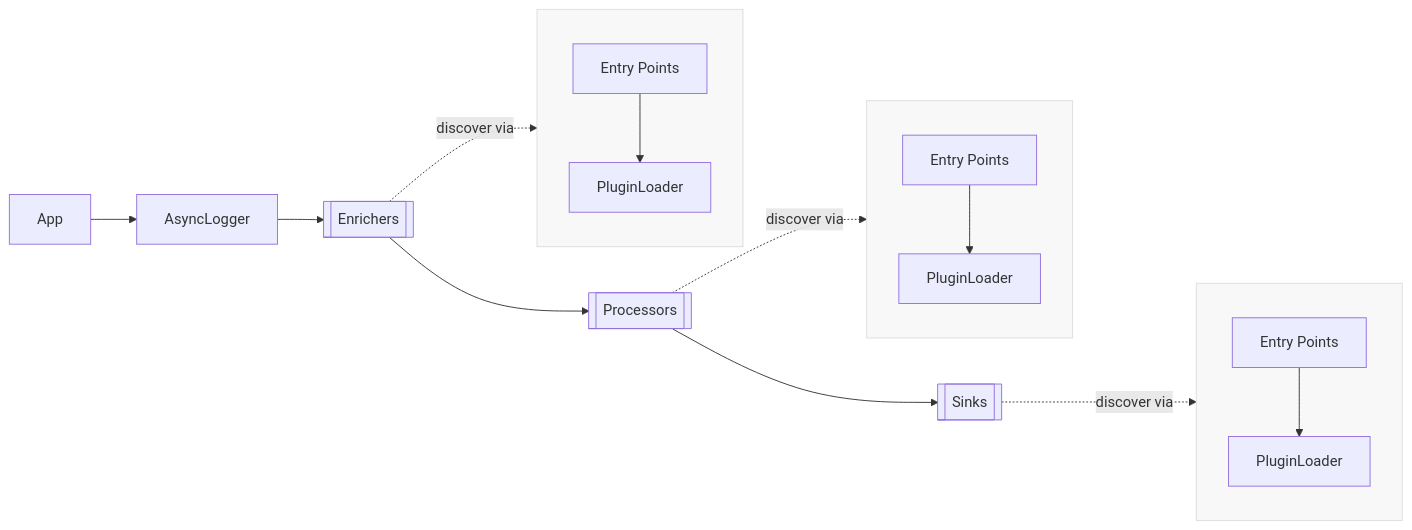
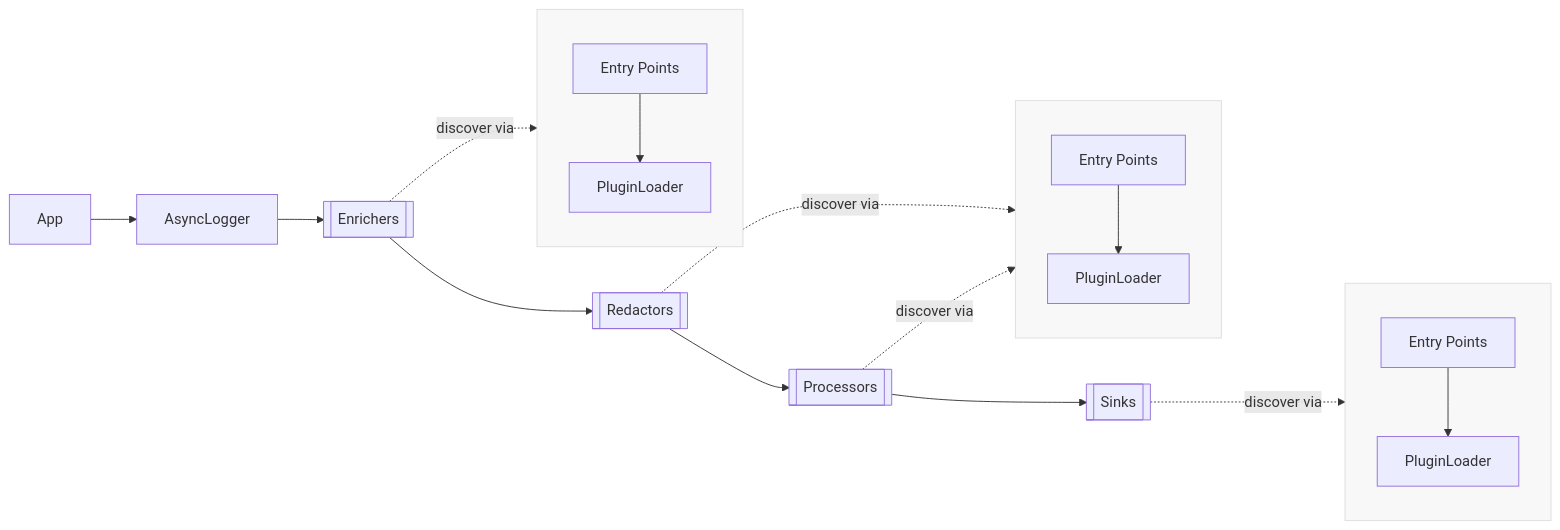
One commit to chris-haste/fapilog changed the first of 3 diagrams in docs/architecture/high-level-architecture.md. Above: the diagram before and after it, drawn with Mermaid. The commit also changed other lines of this file and 6 other files, not shown here.

````diff
--- a/docs/architecture/high-level-architecture.md
+++ b/docs/architecture/high-level-architecture.md
@@ -21,38 +21,40 @@
 ```mermaid
 flowchart LR
   A[App] --> L[AsyncLogger]
   L --> E[[Enrichers]]
-  E --> P[[Processors]]
+  E --> R[[Redactors]]
+  R --> P[[Processors]]
   P --> S[[Sinks]]
 
   %% Discovery stacks (entry points -> plugin loader)
   subgraph Enricher_Discovery[" "]
     direction TB
     EP_E[Entry Points]
     PL_E[PluginLoader]
     EP_E --> PL_E
   end
 
   subgraph Processor_Discovery[" "]
     direction TB
     EP_P[Entry Points]
     PL_P[PluginLoader]
     EP_P --> PL_P
   end
 
   subgraph Sink_Discovery[" "]
     direction TB
     EP_S[Entry Points]
     PL_S[PluginLoader]
     EP_S --> PL_S
   end
 
   %% Link each stage to its loader
   E -. "discover via" .-> PL_E
+  R -. "discover via" .-> PL_P
   P -. "discover via" .-> PL_P
   S -. "discover via" .-> PL_S
 
   %% Optional styling
   classDef faint fill:#f8f8f8,stroke:#ddd,color:#333
   class Enricher_Discovery,Processor_Discovery,Sink_Discovery faint
 ```
````
